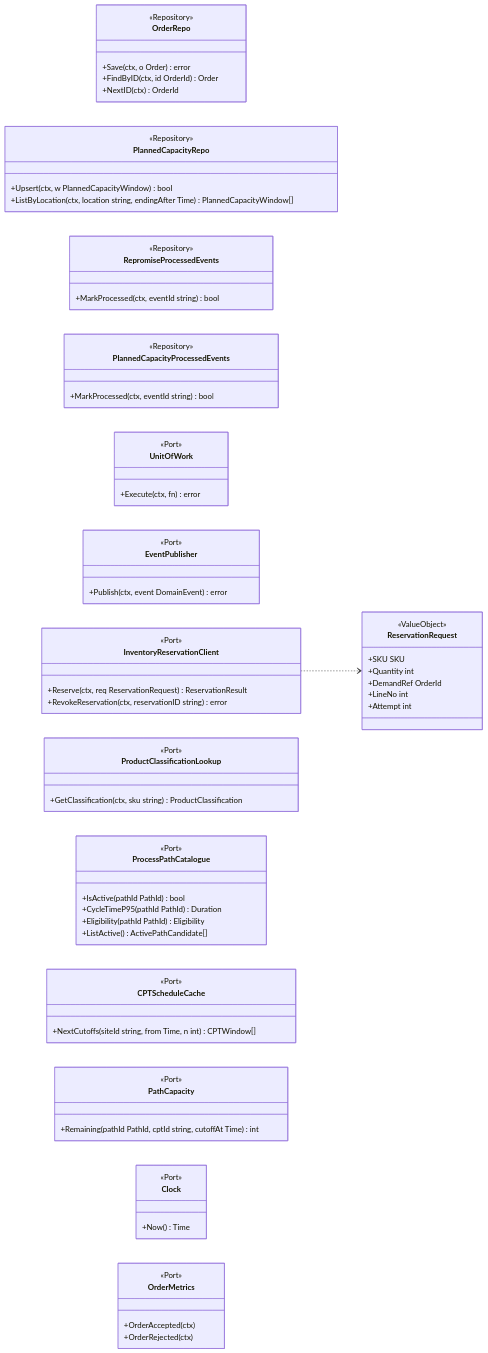
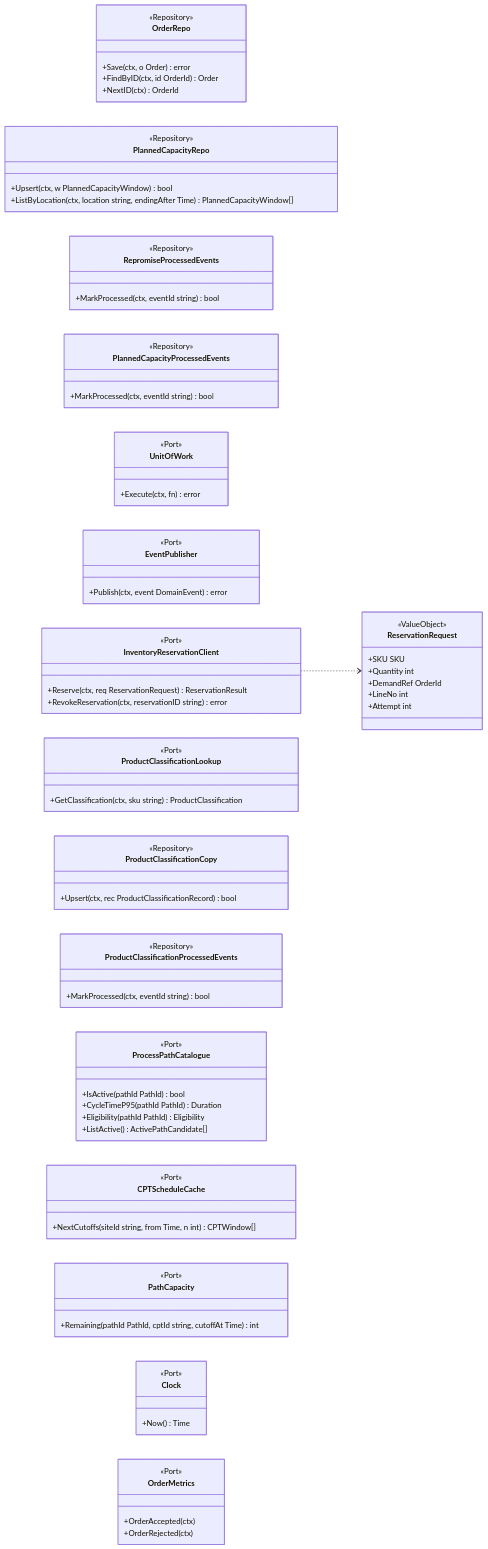
Before and after one commit to IQVO/warehouse-docs: the fourth of 5 diagrams in docs/contexts/order-management/class-diagram.md, drawn with Mermaid. The commit also changed other lines of this file and 119 other files, not shown here.

````diff
--- a/docs/contexts/order-management/class-diagram.md
+++ b/docs/contexts/order-management/class-diagram.md
@@ -395,73 +395,81 @@
 ```mermaid
 classDiagram
   direction LR
   class OrderRepo {
     <<Repository>>
     +Save(ctx, o Order) error
     +FindByID(ctx, id OrderId) Order
     +NextID(ctx) OrderId
   }
   class PlannedCapacityRepo {
     <<Repository>>
     +Upsert(ctx, w PlannedCapacityWindow) bool
     +ListByLocation(ctx, location string, endingAfter Time) PlannedCapacityWindow[]
   }
   class RepromiseProcessedEvents {
     <<Repository>>
     +MarkProcessed(ctx, eventId string) bool
   }
   class PlannedCapacityProcessedEvents {
     <<Repository>>
     +MarkProcessed(ctx, eventId string) bool
   }
   class UnitOfWork {
     <<Port>>
     +Execute(ctx, fn) error
   }
   class EventPublisher {
     <<Port>>
     +Publish(ctx, event DomainEvent) error
   }
   class InventoryReservationClient {
     <<Port>>
     +Reserve(ctx, req ReservationRequest) ReservationResult
     +RevokeReservation(ctx, reservationID string) error
   }
   class ProductClassificationLookup {
     <<Port>>
     +GetClassification(ctx, sku string) ProductClassification
   }
+  class ProductClassificationCopy {
+    <<Repository>>
+    +Upsert(ctx, rec ProductClassificationRecord) bool
+  }
+  class ProductClassificationProcessedEvents {
+    <<Repository>>
+    +MarkProcessed(ctx, eventId string) bool
+  }
   class ProcessPathCatalogue {
     <<Port>>
     +IsActive(pathId PathId) bool
     +CycleTimeP95(pathId PathId) Duration
     +Eligibility(pathId PathId) Eligibility
     +ListActive() ActivePathCandidate[]
   }
   class CPTScheduleCache {
     <<Port>>
     +NextCutoffs(siteId string, from Time, n int) CPTWindow[]
   }
   class PathCapacity {
     <<Port>>
     +Remaining(pathId PathId, cptId string, cutoffAt Time) int
   }
   class Clock {
     <<Port>>
     +Now() Time
   }
   class OrderMetrics {
     <<Port>>
     +OrderAccepted(ctx)
     +OrderRejected(ctx)
   }
   class ReservationRequest {
     <<ValueObject>>
     +SKU SKU
     +Quantity int
     +DemandRef OrderId
     +LineNo int
     +Attempt int
   }
   InventoryReservationClient ..> ReservationRequest
 ```
````
